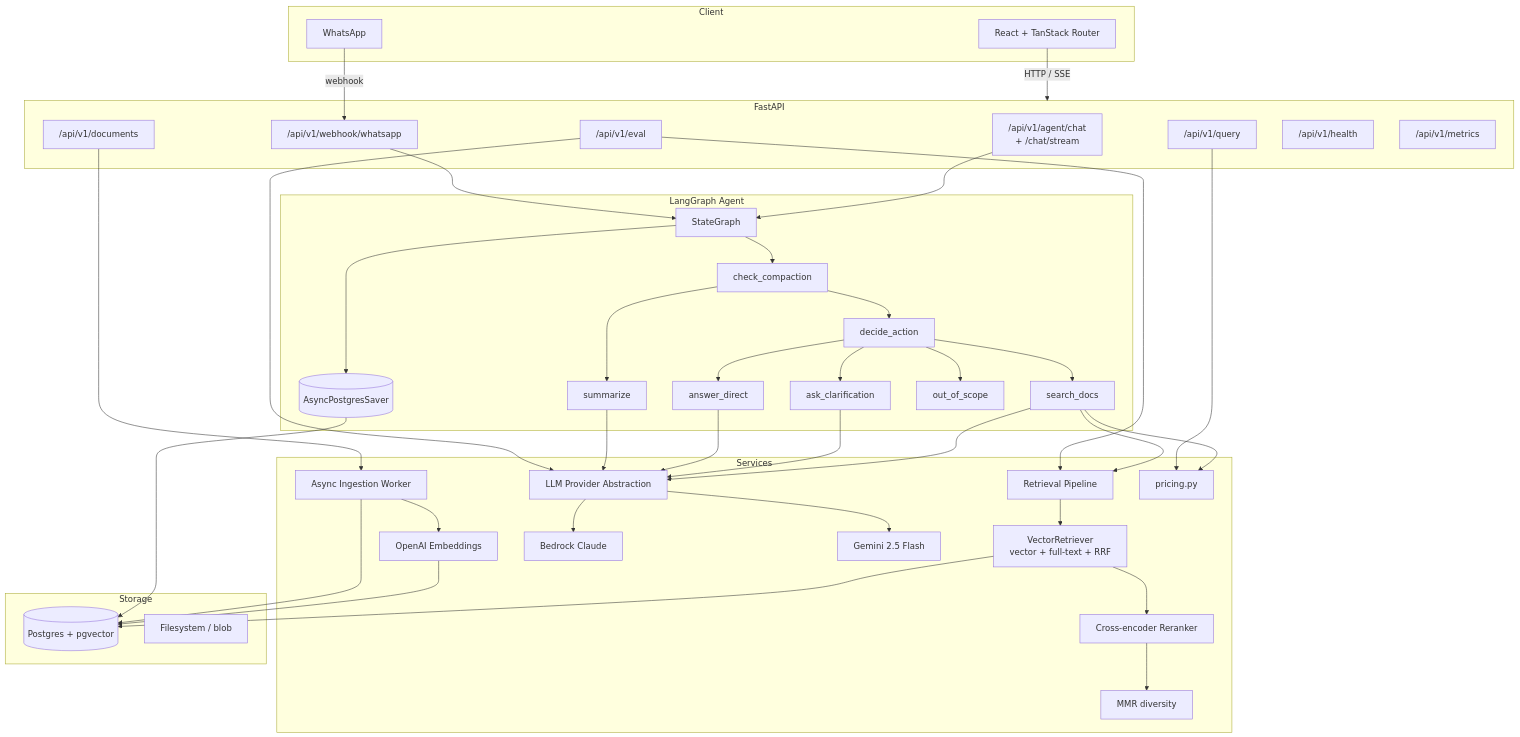
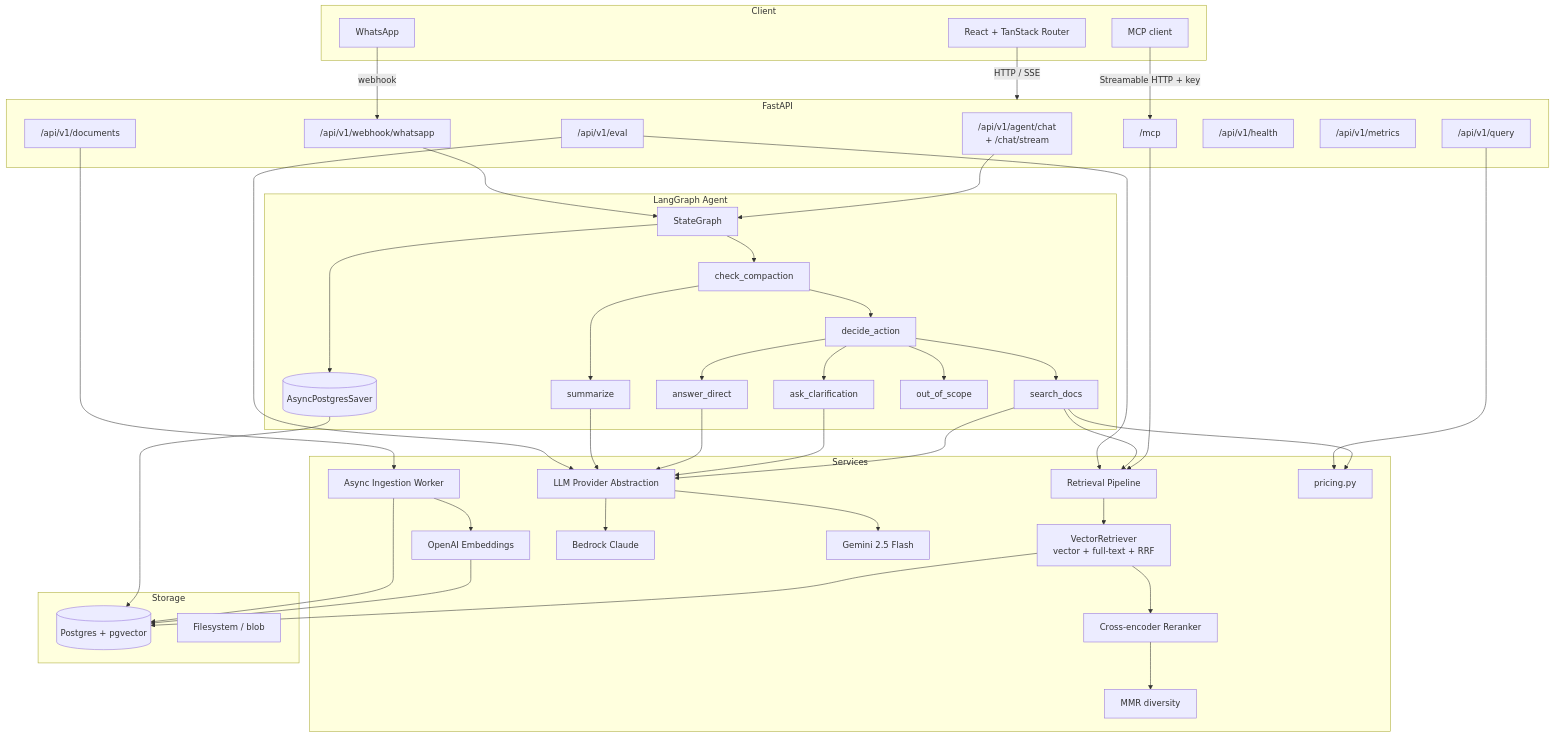
One commit to FrancoCazal/WhisperDocs changed the first of 4 diagrams in ARCHITECTURE.md. Above: the diagram before and after it, drawn with Mermaid. The commit also changed other lines of this file and 17 other files, not shown here.

```diff
--- a/ARCHITECTURE.md
+++ b/ARCHITECTURE.md
@@ -13,6 +13,7 @@
   subgraph Client
     UI[React + TanStack Router]
     WApp[WhatsApp]
+    MCPClient[MCP client]
   end
 
   subgraph API[FastAPI]
@@ -23,6 +24,7 @@
     Webhook["/api/v1/webhook/whatsapp"]
     Health["/api/v1/health"]
     Metrics["/api/v1/metrics"]
+    MCP["/mcp"]
   end
 
   subgraph AgentCore[LangGraph Agent]
@@ -57,6 +59,8 @@
 
   UI -->|HTTP / SSE| API
   WApp -->|webhook| Webhook
+  MCPClient -->|Streamable HTTP + key| MCP
+  MCP --> Retrieval
   Agent --> Graph
   Webhook --> Graph
   Graph --> Compaction --> Summarize
```
